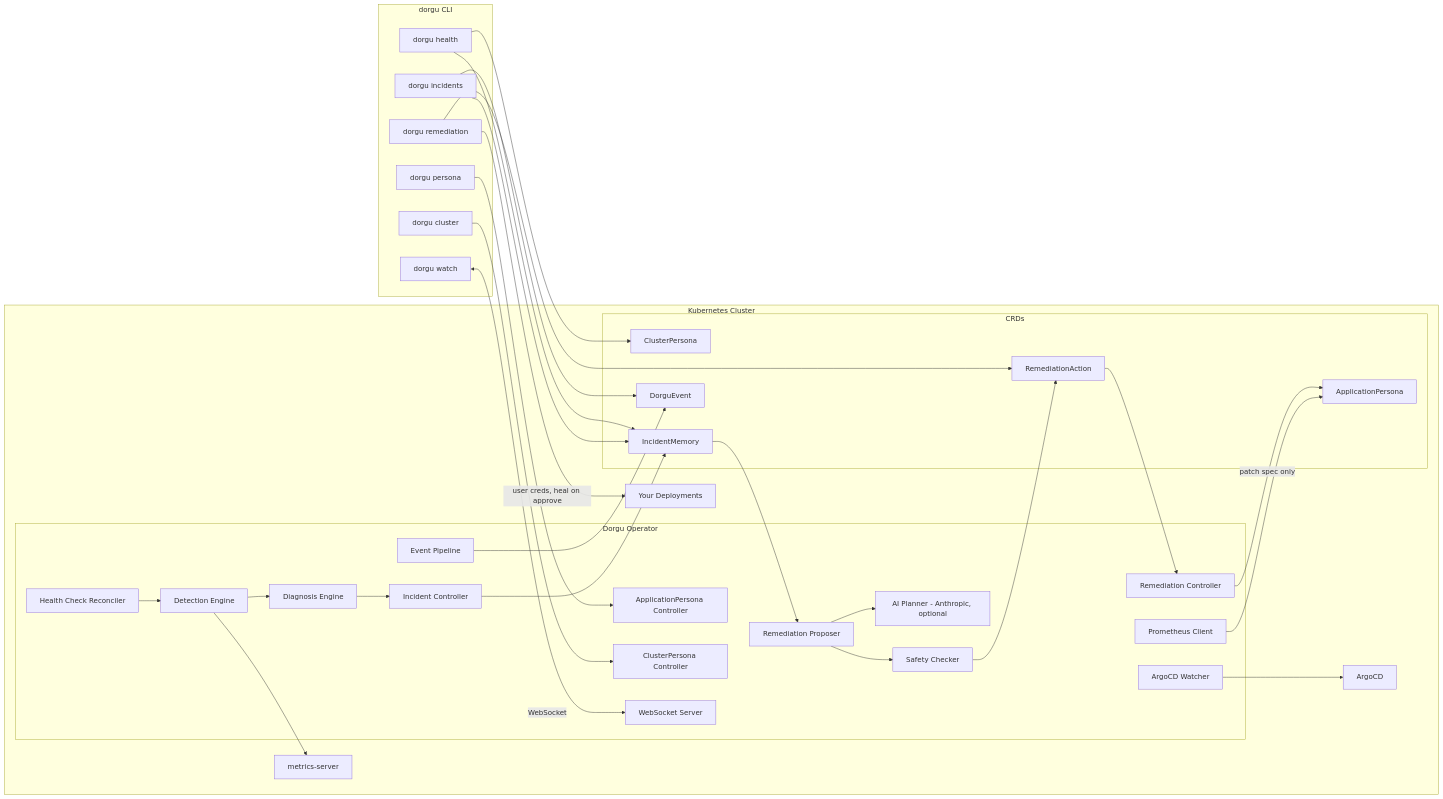
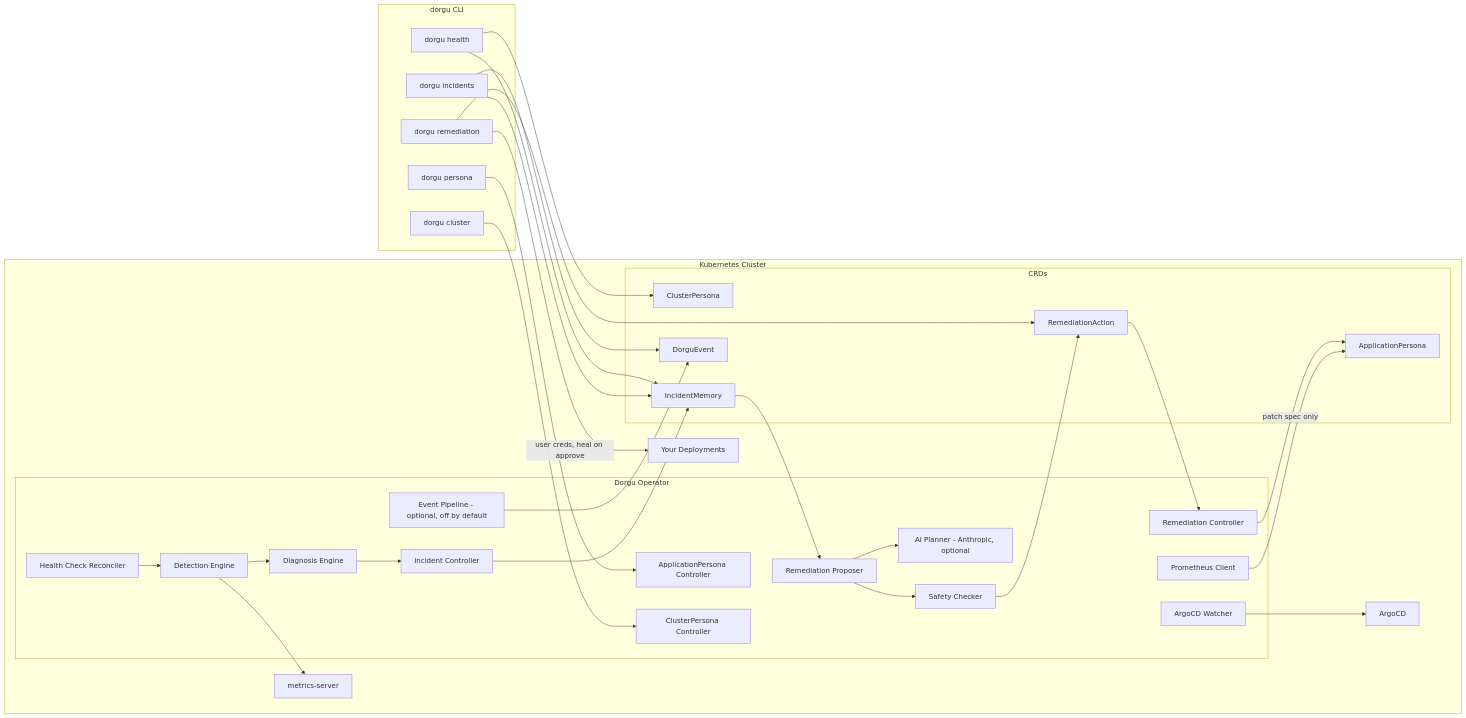
Before and after one commit to dorgu-ai/dorgu-operator: the diagram in README.md, drawn with Mermaid. The commit also changed other lines of this file and 48 other files, not shown here.

````diff
--- a/README.md
+++ b/README.md
@@ -279,64 +274,61 @@
 ```mermaid
 flowchart LR
   subgraph cli [dorgu CLI]
     health[dorgu health]
     incidents[dorgu incidents]
     remediation[dorgu remediation]
-    watch[dorgu watch]
     persona[dorgu persona]
     clusterCmd[dorgu cluster]
   end
 
   subgraph k8s [Kubernetes Cluster]
     subgraph operator [Dorgu Operator]
       appCtrl[ApplicationPersona Controller]
       clusterCtrl[ClusterPersona Controller]
       healthRec[Health Check Reconciler]
       detEngine[Detection Engine]
       diagEngine[Diagnosis Engine]
       proposer[Remediation Proposer]
       planner[AI Planner - Anthropic, optional]
       safety[Safety Checker]
       remCtrl[Remediation Controller]
-      eventPipe[Event Pipeline]
+      eventPipe[Event Pipeline - optional, off by default]
       incidentCtrl[Incident Controller]
       argocdWatcher[ArgoCD Watcher]
       promClient[Prometheus Client]
-      wsServer[WebSocket Server]
     end
     subgraph crds [CRDs]
       appPersona[ApplicationPersona]
       clusterPersona[ClusterPersona]
       incidentMem[IncidentMemory]
       remAction[RemediationAction]
       dorguEvent[DorguEvent]
     end
     workload[Your Deployments]
     argocd[ArgoCD]
     metricsServer[metrics-server]
   end
 
   health --> incidentMem
   health --> clusterPersona
   incidents --> incidentMem
   incidents --> dorguEvent
   remediation --> remAction
   remediation -->|user creds, heal on approve| workload
-  watch <-->|WebSocket| wsServer
   persona --> appCtrl
   clusterCmd --> clusterCtrl
   healthRec --> detEngine
   detEngine --> diagEngine
   detEngine --> metricsServer
   diagEngine --> incidentCtrl
   incidentCtrl --> incidentMem
   incidentMem --> proposer
   proposer --> planner
   proposer --> safety
   safety --> remAction
   remAction --> remCtrl
   remCtrl -->|patch spec only| appPersona
   eventPipe --> dorguEvent
   argocdWatcher --> argocd
   promClient --> appPersona
 ```
````
